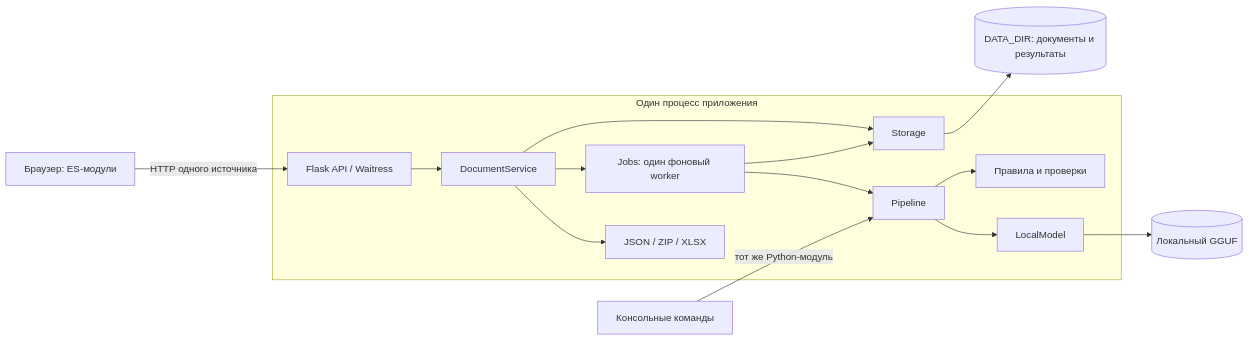
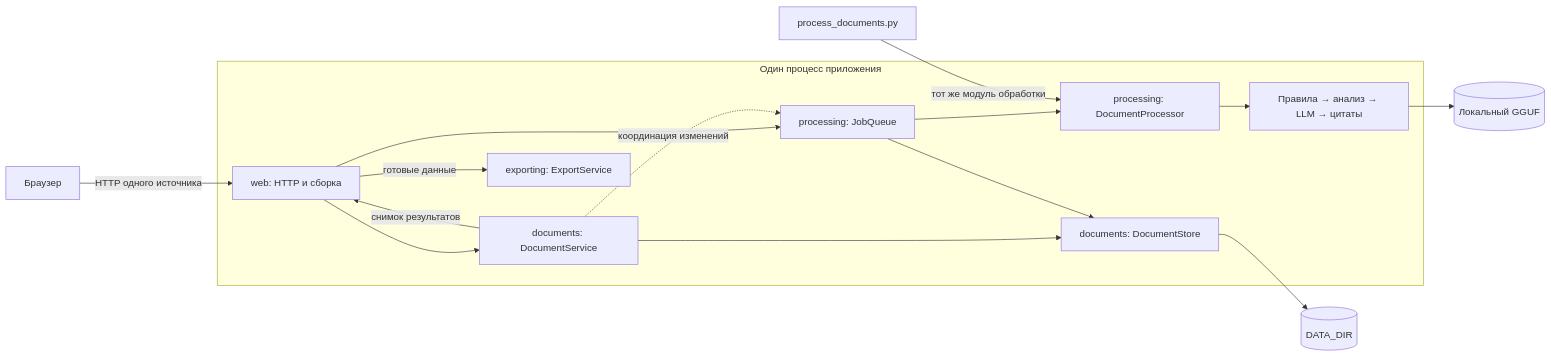
Before and after one commit to KiZlador/epicrises: the first of 2 diagrams in docs/system-design.md, drawn with Mermaid. The commit also changed other lines of this file and 103 other files, not shown here.

Commit message:
Organize application around document, processing and export modules

````diff
--- a/docs/system-design.md
+++ b/docs/system-design.md
@@ -9,27 +7,27 @@
 ```mermaid
 flowchart LR
-    Browser[Браузер: ES-модули]
-    CLI[Консольные команды]
-    subgraph Server[Один процесс приложения]
-        HTTP[Flask API / Waitress]
-        Service[DocumentService]
-        Storage[Storage]
-        Jobs[Jobs: один фоновый worker]
-        Pipeline[Pipeline]
-        Rules[Правила и проверки]
-        Model[LocalModel]
-        Export[JSON / ZIP / XLSX]
-        HTTP --> Service
-        Service --> Storage
-        Service --> Jobs
-        Service --> Export
-        Jobs --> Storage
-        Jobs --> Pipeline
-        Pipeline --> Rules
-        Pipeline --> Model
+    Browser[Браузер]
+    CLI[process_documents.py]
+    subgraph App[Один процесс приложения]
+        HTTP[web: HTTP и сборка]
+        Documents[documents: DocumentService]
+        Store[documents: DocumentStore]
+        Queue[processing: JobQueue]
+        Processor[processing: DocumentProcessor]
+        Stages[Правила → анализ → LLM → цитаты]
+        Export[exporting: ExportService]
+        HTTP --> Documents
+        HTTP --> Queue
+        HTTP -->|готовые данные| Export
+        Documents --> Store
+        Documents -. координация изменений .-> Queue
+        Queue --> Store
+        Queue --> Processor
+        Processor --> Stages
+        Documents -->|снимок результатов| HTTP
     end
     Browser -->|HTTP одного источника| HTTP
-    CLI -->|тот же Python-модуль| Pipeline
-    Storage --> Disk[(DATA_DIR: документы и результаты)]
-    Model --> Weights[(Локальный GGUF)]
+    CLI -->|тот же модуль обработки| Processor
+    Store --> Disk[(DATA_DIR)]
+    Stages --> Model[(Локальный GGUF)]
 ```
````
